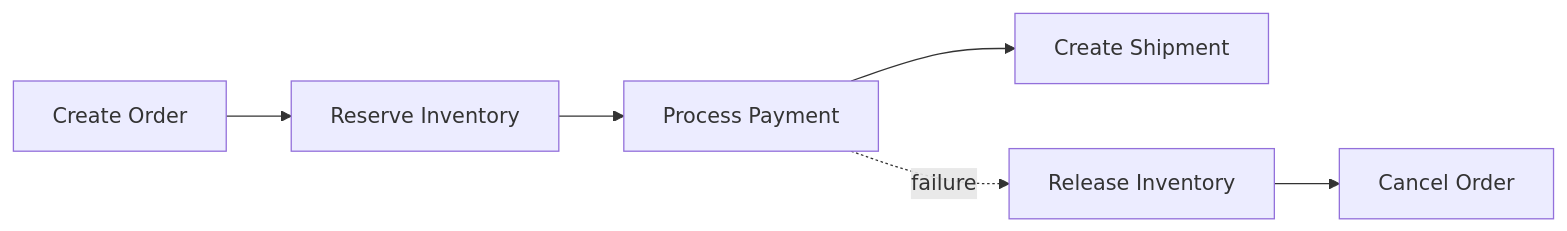
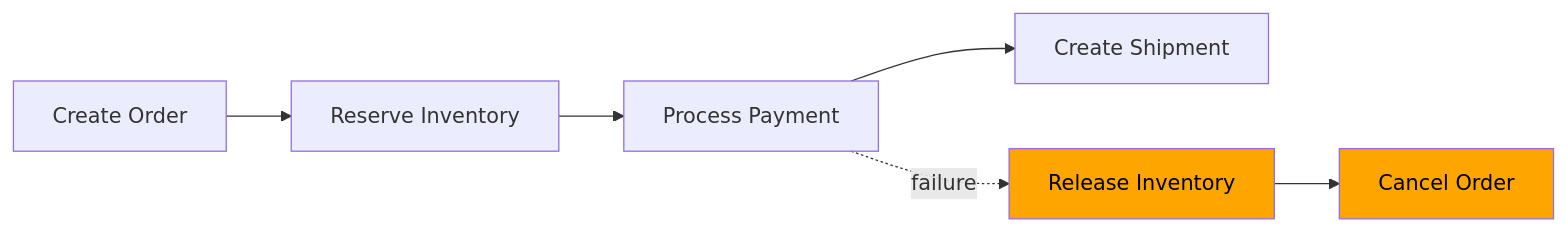
Before and after one commit to lekhrajdinkar/solution-engineer: the third of 5 diagrams in docs/2022-2025/SE_02_system-design/SD_06_think-in-scale/02_03_distributed-Transaction.md, drawn with Mermaid. The commit also changed other lines of this file and 11 other files, not shown here.

````diff
--- a/docs/2022-2025/SE_02_system-design/SD_06_think-in-scale/02_03_distributed-Transaction.md
+++ b/docs/2022-2025/SE_02_system-design/SD_06_think-in-scale/02_03_distributed-Transaction.md
@@ -77,9 +77,11 @@
 ```mermaid
 flowchart LR
     O[Create Order] --> I[Reserve Inventory]
     I --> P[Process Payment]
     P --> S[Create Shipment]
 
     P -.failure.-> RI[Release Inventory]
     RI --> CO[Cancel Order]
+    style CO fill:orange,color:black
+    style RI fill:orange,color:black
 ```
````
